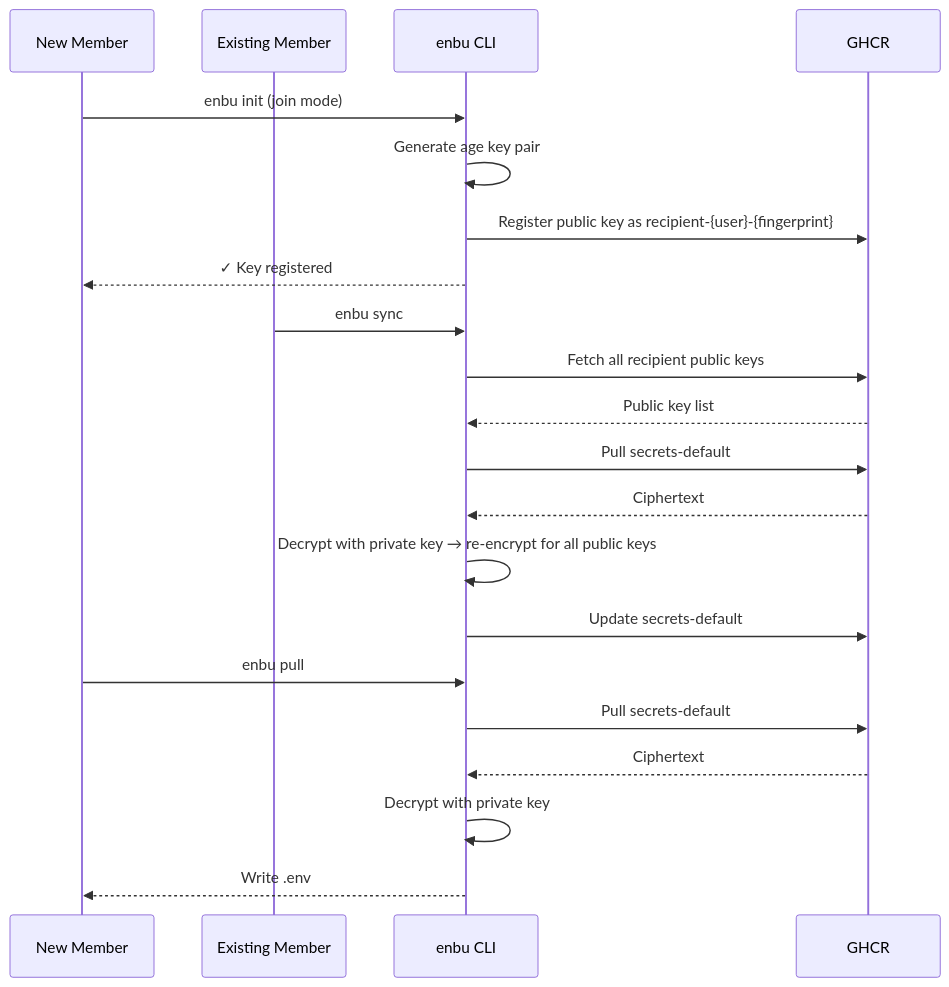
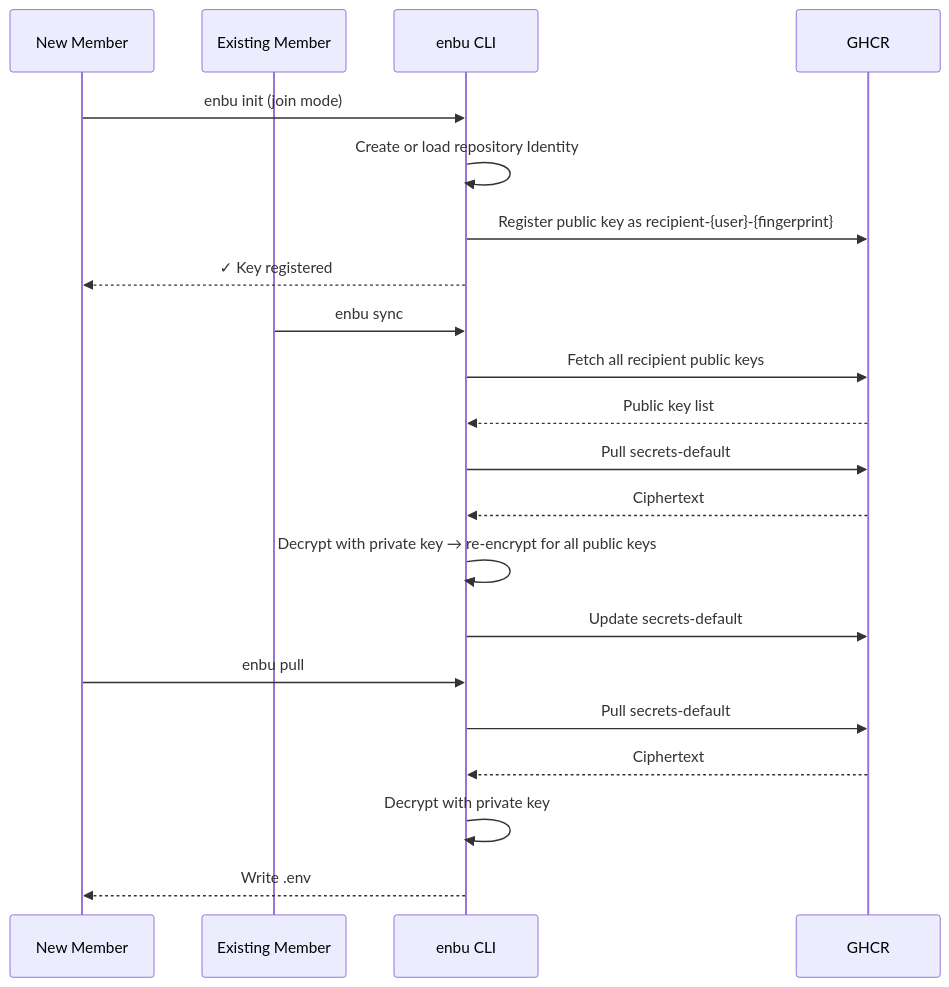
The third of 3 diagrams in README.md (enbu-net/enbu), drawn with Mermaid before and after one commit. The commit also changed other lines of this file and 60 other files, not shown here.

````diff
--- a/README.md
+++ b/README.md
@@ -224,26 +249,26 @@
 ```mermaid
 sequenceDiagram
     participant New as New Member
     participant Member as Existing Member
     participant CLI as enbu CLI
     participant GHCR
 
     New->>CLI: enbu init (join mode)
-    CLI->>CLI: Generate age key pair
+    CLI->>CLI: Create or load repository Identity
     CLI->>GHCR: Register public key as recipient-{user}-{fingerprint}
     CLI-->>New: ✓ Key registered
 
     Member->>CLI: enbu sync
     CLI->>GHCR: Fetch all recipient public keys
     GHCR-->>CLI: Public key list
     CLI->>GHCR: Pull secrets-default
     GHCR-->>CLI: Ciphertext
     CLI->>CLI: Decrypt with private key → re-encrypt for all public keys
     CLI->>GHCR: Update secrets-default
 
     New->>CLI: enbu pull
     CLI->>GHCR: Pull secrets-default
     GHCR-->>CLI: Ciphertext
     CLI->>CLI: Decrypt with private key
     CLI-->>New: Write .env
 ```
````
